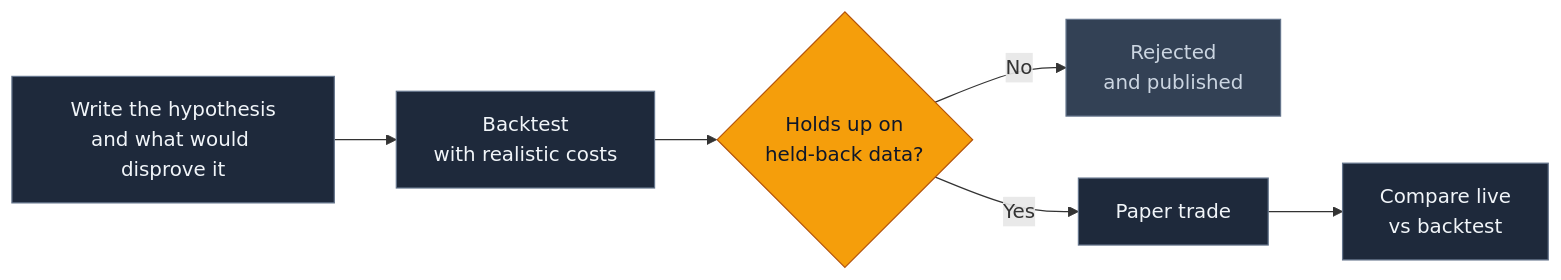
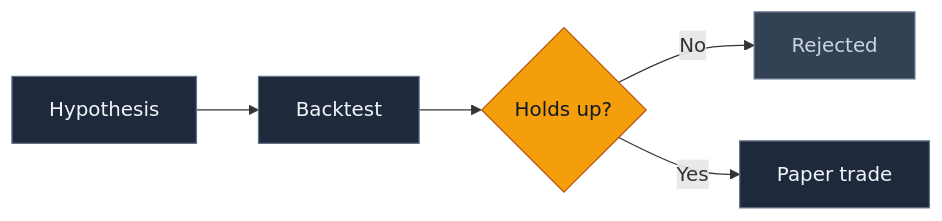
The diagram in README.md (nqedgelab/nqedgelab), drawn with Mermaid before and after one commit. The commit also changed other lines of this file, not shown here.

Commit message:
Make process diagram compact enough to read

````diff
--- a/README.md
+++ b/README.md
@@ -35,15 +35,14 @@
 ```mermaid
 flowchart LR
-    A["Write the hypothesis<br/>and what would disprove it"] --> B["Backtest<br/>with realistic costs"]
-    B --> C{"Holds up on<br/>held-back data?"}
-    C -- No --> D["Rejected<br/>and published"]
+    A["Hypothesis"] --> B["Backtest"]
+    B --> C{"Holds up?"}
+    C -- No --> D["Rejected"]
     C -- Yes --> E["Paper trade"]
-    E --> F["Compare live<br/>vs backtest"]
 
     classDef step fill:#1e293b,stroke:#64748b,color:#f1f5f9
     classDef gate fill:#f59e0b,stroke:#b45309,color:#0f172a
     classDef stop fill:#334155,stroke:#64748b,color:#cbd5e1
-    class A,B,E,F step
+    class A,B,E step
     class C gate
     class D stop
 ```
````
